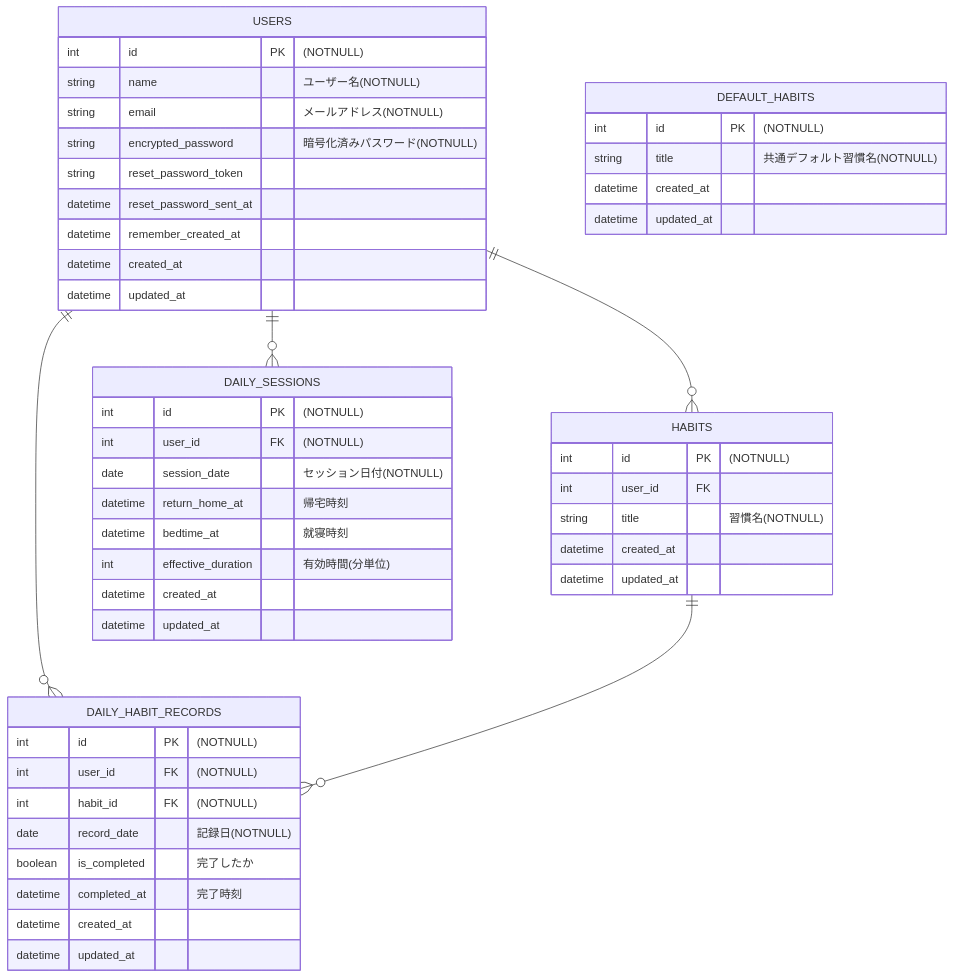
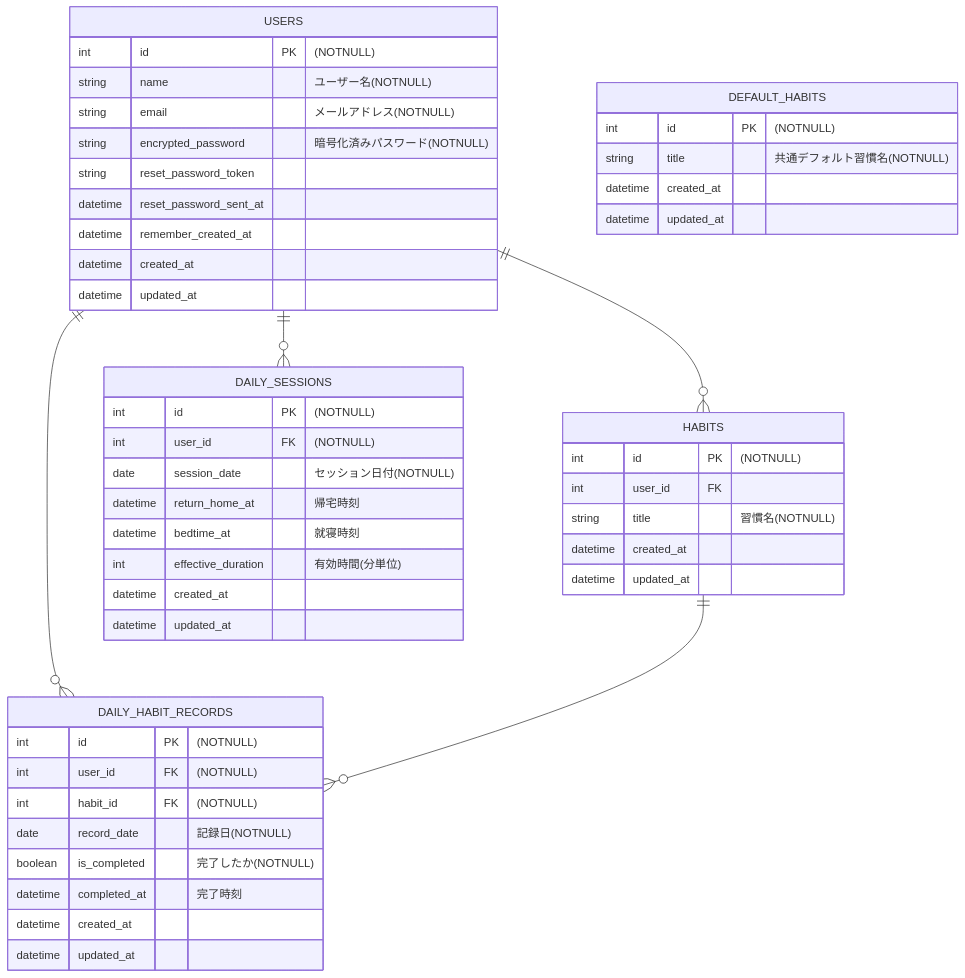
One commit to kazuhide0413/jikantsukurun changed the diagram in README.md. Above: the diagram before and after it, drawn with Mermaid.

Commit message:
readmeのER図を微修正

````diff
--- a/README.md
+++ b/README.md
@@ -116,58 +116,58 @@
 ```mermaid
 erDiagram
     direction TB
 
     USERS {
         int id PK "(NOTNULL)"
         string name "ユーザー名(NOTNULL)"
         string email "メールアドレス(NOTNULL)"
         string encrypted_password "暗号化済みパスワード(NOTNULL)"
         string reset_password_token
         datetime reset_password_sent_at
         datetime remember_created_at
         datetime created_at
         datetime updated_at
     }
 
     HABITS {
         int id PK "(NOTNULL)"
         int user_id FK
         string title "習慣名(NOTNULL)"
         datetime created_at
         datetime updated_at
     }
 
     DAILY_HABIT_RECORDS {
         int id PK "(NOTNULL)"
         int user_id FK "(NOTNULL)"
         int habit_id FK "(NOTNULL)"
         date record_date "記録日(NOTNULL)"
-        boolean is_completed "完了したか"
+        boolean is_completed "完了したか(NOTNULL)"
         datetime completed_at "完了時刻"
         datetime created_at
         datetime updated_at
     }
 
     DAILY_SESSIONS {
         int id PK "(NOTNULL)"
         int user_id FK "(NOTNULL)"
         date session_date "セッション日付(NOTNULL)"
         datetime return_home_at "帰宅時刻"
         datetime bedtime_at "就寝時刻"
         int effective_duration "有効時間(分単位)"
         datetime created_at
         datetime updated_at
     }
 
     DEFAULT_HABITS {
         int id PK "(NOTNULL)"
         string title "共通デフォルト習慣名(NOTNULL)"
         datetime created_at
         datetime updated_at
     }
 
     USERS ||--o{ HABITS : ""
     USERS ||--o{ DAILY_HABIT_RECORDS : ""
     USERS ||--o{ DAILY_SESSIONS : ""
     HABITS ||--o{ DAILY_HABIT_RECORDS : ""
 ```
````
